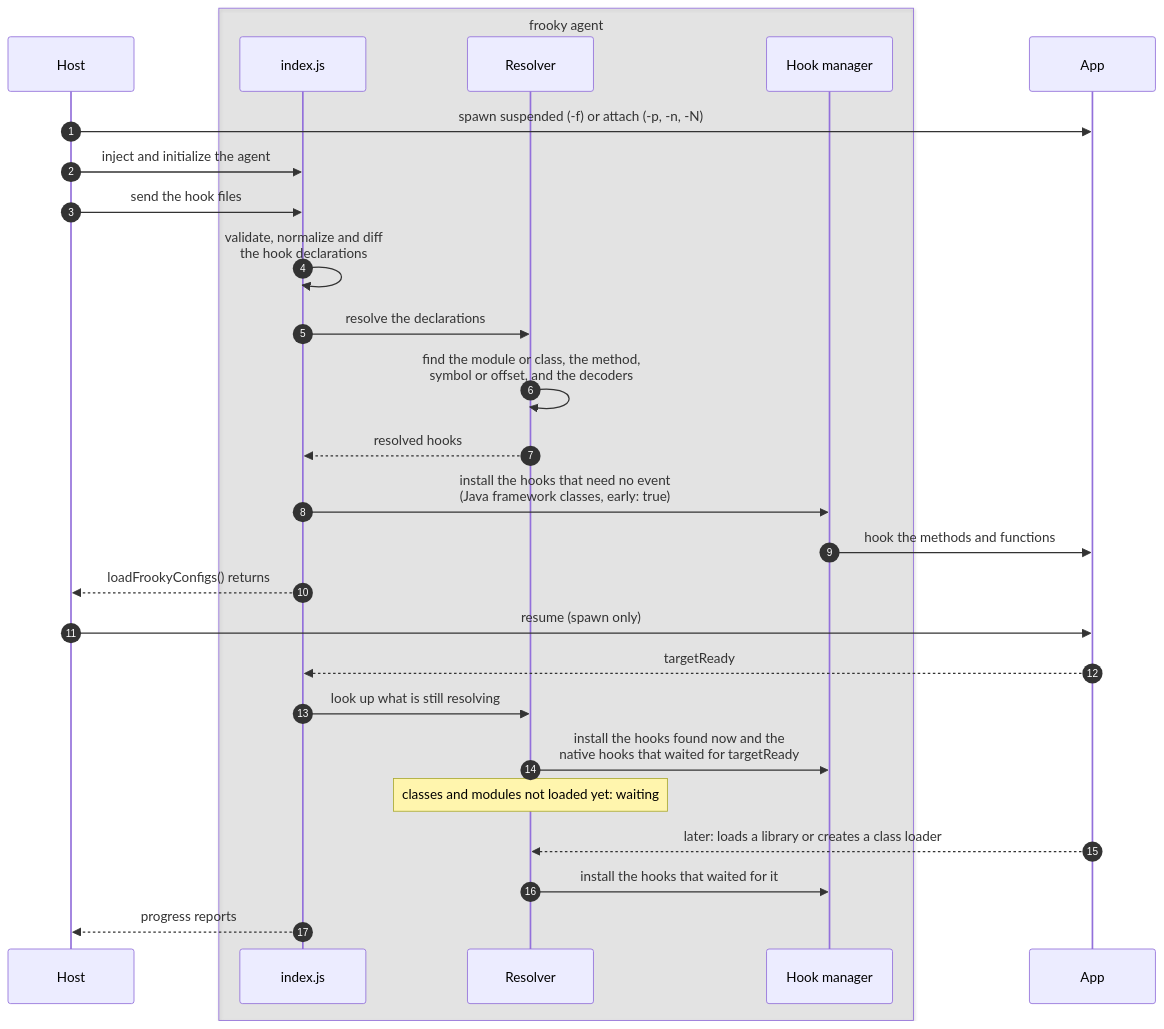
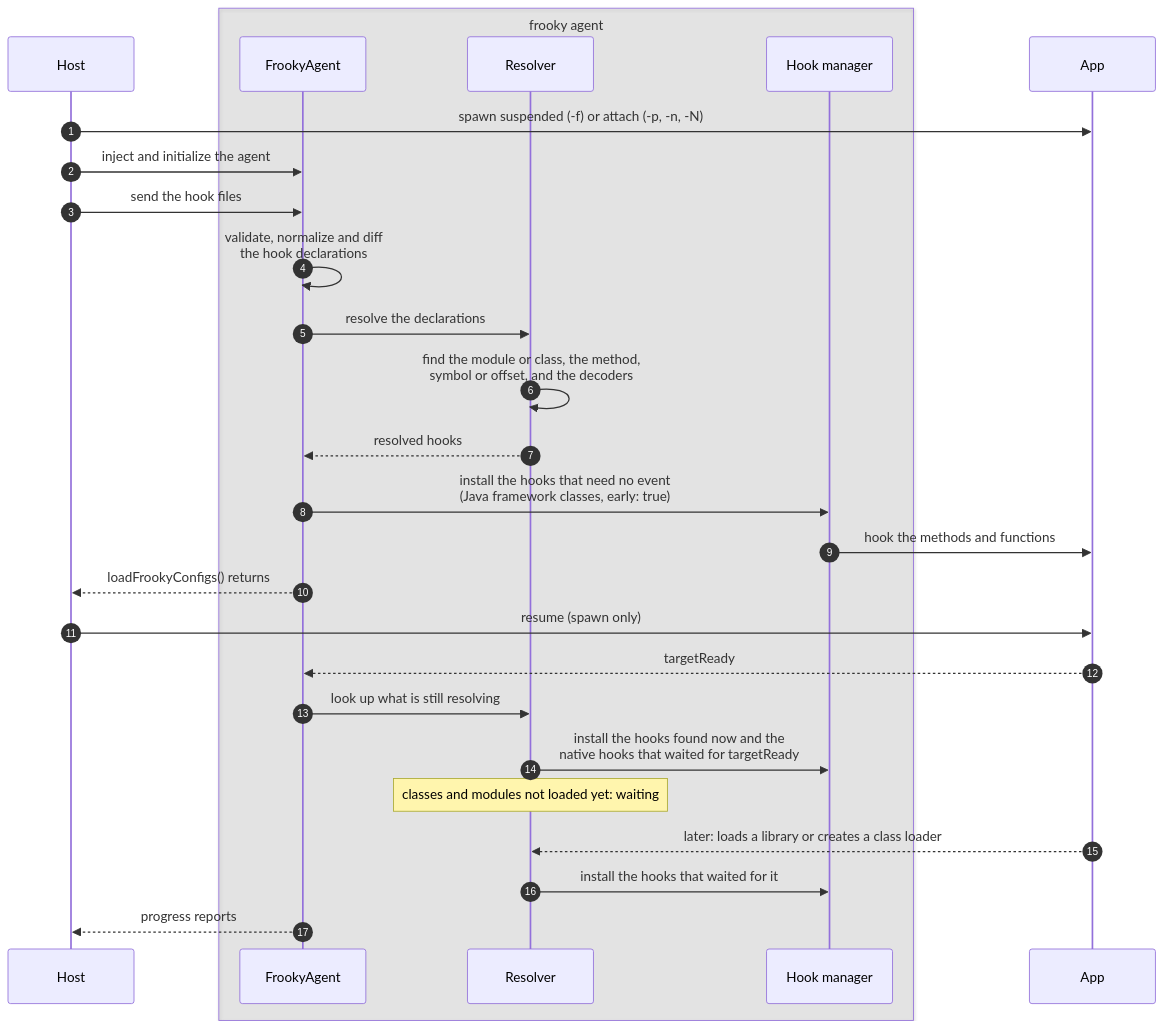
Before and after one commit to bernhste/frooky: the first of 10 diagrams in docs/under-the-hood.md, drawn with Mermaid. The commit also changed other lines of this file and 14 other files, not shown here.

````diff
--- a/docs/under-the-hood.md
+++ b/docs/under-the-hood.md
@@ -46,30 +43,30 @@
 ```mermaid
 sequenceDiagram
     autonumber
     participant Host
     box rgba(128, 128, 128, 0.15) frooky agent
-        participant FA as index.js
+        participant FA as FrookyAgent
         participant R as Resolver
         participant HM as Hook manager
     end
     participant App
 
     Host->>App: spawn suspended (-f) or attach (-p, -n, -N)
     Host->>FA: inject and initialize the agent
     Host->>FA: send the hook files
     FA->>FA: validate, normalize and diff<br/>the hook declarations
     FA->>R: resolve the declarations
     R->>R: find the module or class, the method,<br/>symbol or offset, and the decoders
     R-->>FA: resolved hooks
     FA->>HM: install the hooks that need no event<br/>(Java framework classes, early: true)
     HM->>App: hook the methods and functions
     FA-->>Host: loadFrookyConfigs() returns
     Host->>App: resume (spawn only)
     App-->>FA: targetReady
     FA->>R: look up what is still resolving
     R->>HM: install the hooks found now and the<br/>native hooks that waited for targetReady
     Note over R: classes and modules not loaded yet: waiting
     App-->>R: later: loads a library or creates a class loader
     R->>HM: install the hooks that waited for it
     FA-->>Host: progress reports
 ```
````
